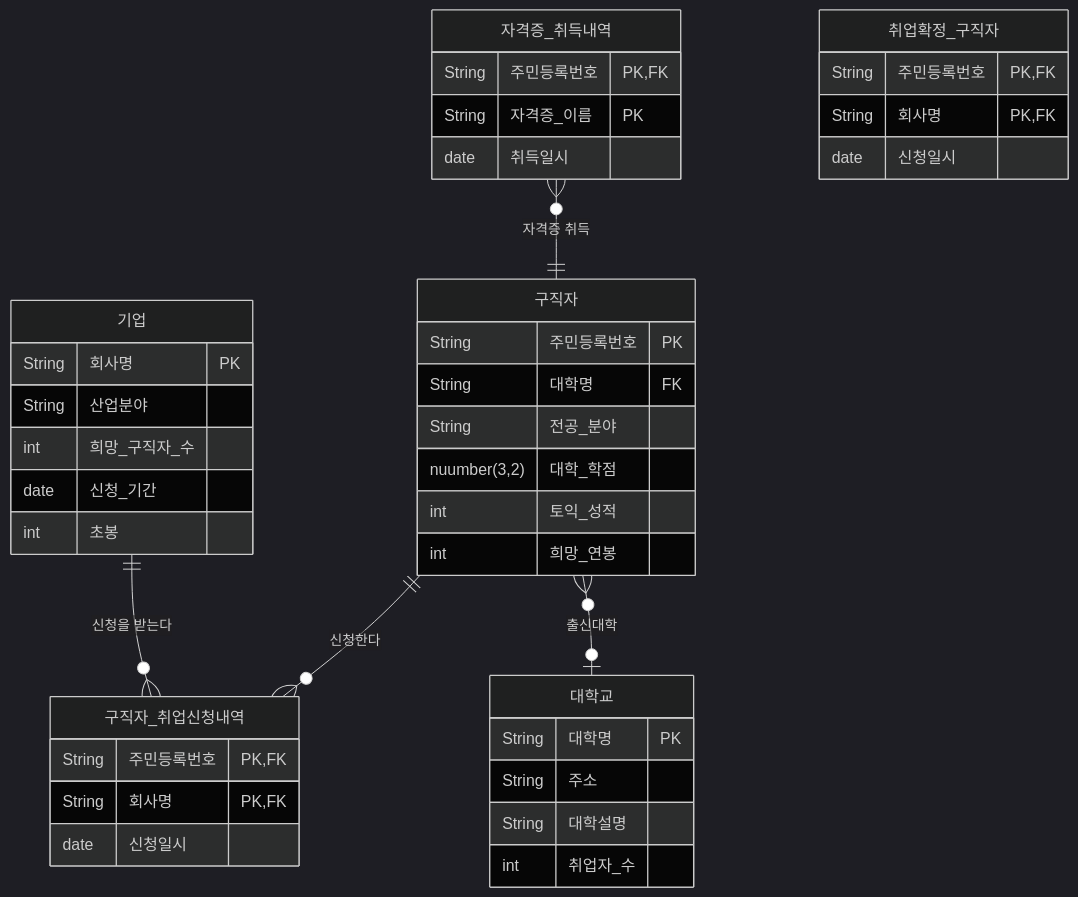
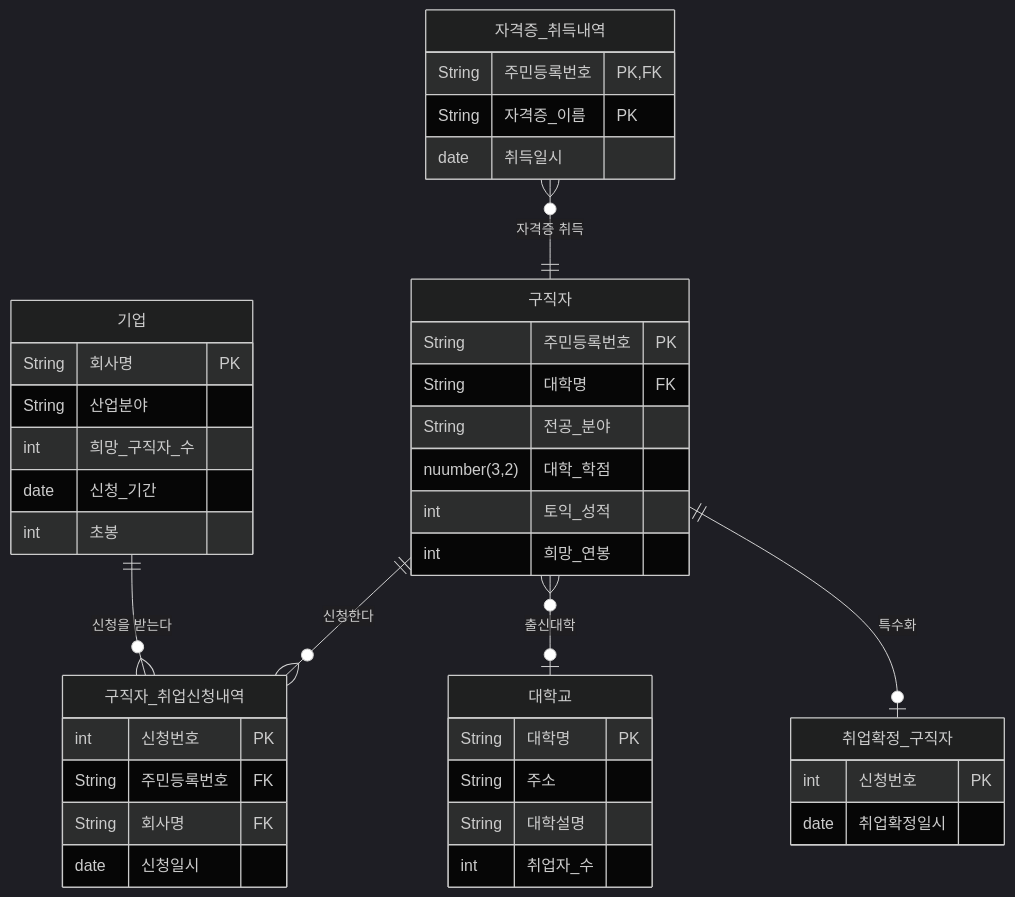
Before and after one commit to zerojun040329-eng/test-260401: the diagram in README.md, drawn with Mermaid (dark theme).

````diff
--- a/README.md
+++ b/README.md
@@ -1,44 +1,46 @@
 ```mermaid
 erDiagram
   기업 {
     String 회사명 PK
     String 산업분야
     int 희망_구직자_수 
     date 신청_기간
     int 초봉
   }
   구직자 {
     String 주민등록번호 PK
     String 대학명 FK
     String 전공_분야
     nuumber(3,2) 대학_학점
     int 토익_성적
     int 희망_연봉
   }
   자격증_취득내역 {
     String 주민등록번호 PK, FK
     String 자격증_이름 PK
     date 취득일시
   }
   구직자_취업신청내역 {
-    String 주민등록번호 PK, FK
-    String 회사명 PK, FK
+    int 신청번호 PK
+    String 주민등록번호 FK
+    String 회사명 FK
     date 신청일시
   }
   취업확정_구직자 {
-    String 주민등록번호 PK, FK
-    String 회사명 PK, FK
-    date 신청일시
+    int 신청번호 PK
+    date 취업확정일시
   }
   대학교 {
     String 대학명 PK
     String 주소
     String 대학설명
     int 취업자_수
   }
 
   구직자 ||--o{ 구직자_취업신청내역 : "신청한다"
   기업 ||--o{ 구직자_취업신청내역 : "신청을 받는다"
   자격증_취득내역 o{--|| 구직자 : "자격증 취득"
   구직자 o{--o| 대학교 : "출신대학"
+  구직자 ||--o| 취업확정_구직자 : "특수화"
+  
 ```
````
